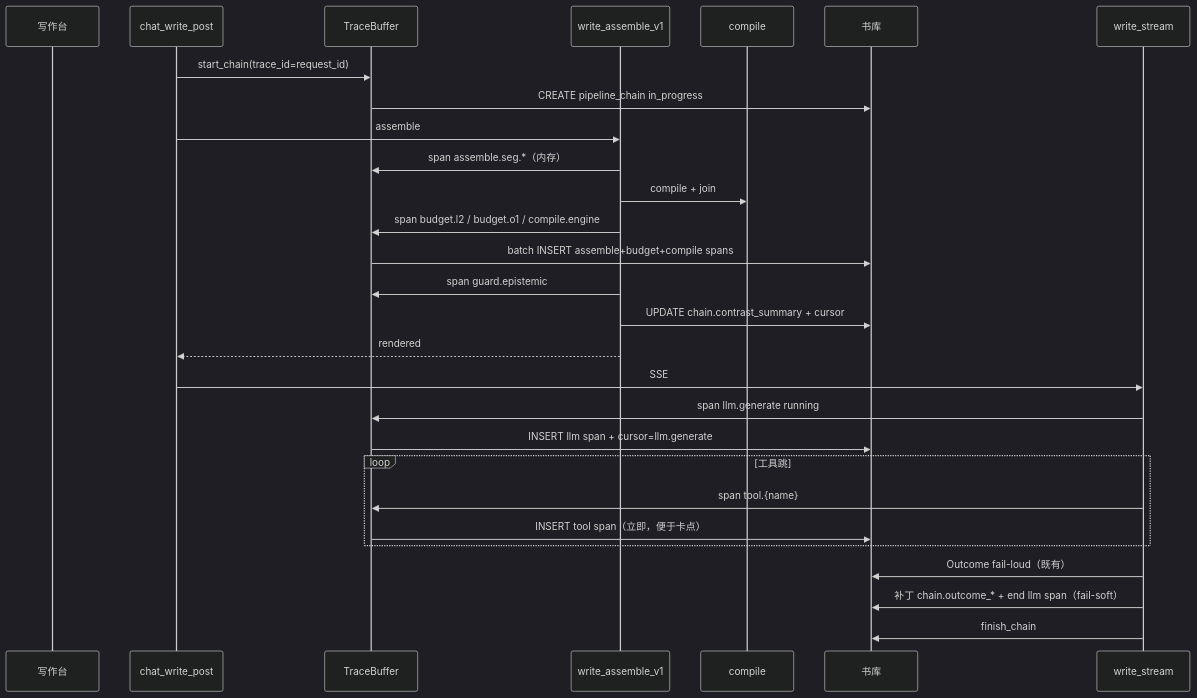
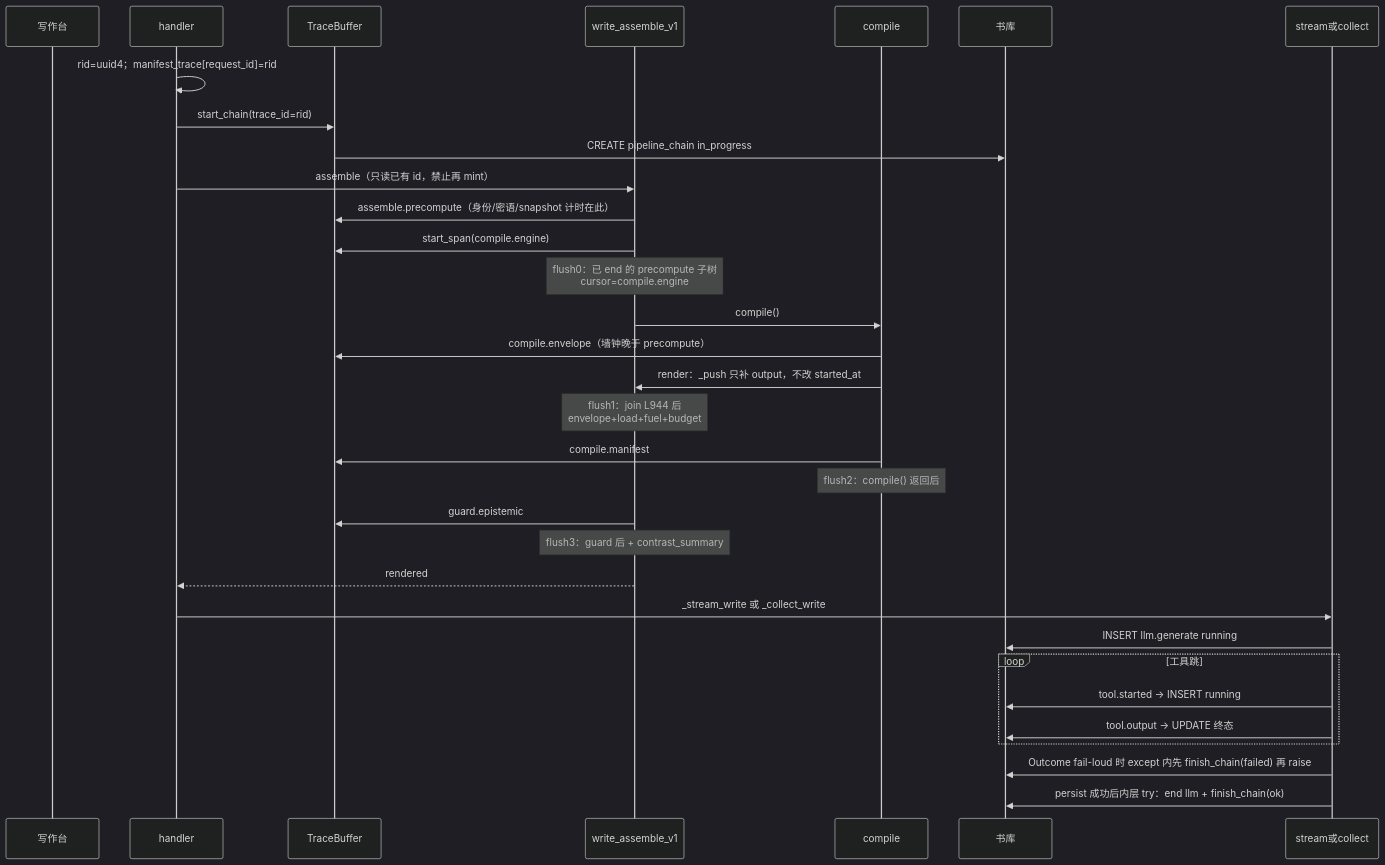
The second of 3 diagrams in docs/plans/2026-08-14-pipeline-trace.md (liuwenpinghaher-commits/scribe-writing-system), drawn with Mermaid (dark theme) before and after one commit. The commit also changed other lines of this file and 2 other files, not shown here.

````diff
--- a/docs/plans/2026-08-14-pipeline-trace.md
+++ b/docs/plans/2026-08-14-pipeline-trace.md
@@ -186,31 +268,35 @@
 ```mermaid
 sequenceDiagram
   participant UI as 写作台
-  participant W as chat_write_post
+  participant W as handler
   participant Buf as TraceBuffer
   participant WA as write_assemble_v1
   participant Eng as compile
   participant Sur as 书库
-  participant LLM as write_stream
+  participant LLM as stream或collect
 
-  W->>Buf: start_chain(trace_id=request_id)
+  W->>W: rid=uuid4；manifest_trace[request_id]=rid
+  W->>Buf: start_chain(trace_id=rid)
   Buf->>Sur: CREATE pipeline_chain in_progress
-  W->>WA: assemble
-  WA->>Buf: span assemble.seg.*（内存）
-  WA->>Eng: compile + join
-  WA->>Buf: span budget.l2 / budget.o1 / compile.engine
-  Buf->>Sur: batch INSERT assemble+budget+compile spans
-  WA->>Buf: span guard.epistemic
-  WA->>Sur: UPDATE chain.contrast_summary + cursor
+  W->>WA: assemble（只读已有 id，禁止再 mint）
+  WA->>Buf: assemble.precompute（身份/密语/snapshot 计时在此）
+  WA->>Buf: start_span(compile.engine)
+  Note over WA: flush0：已 end 的 precompute 子树<br/>cursor=compile.engine
+  WA->>Eng: compile()
+  Eng->>Buf: compile.envelope（墙钟晚于 precompute）
+  Eng->>WA: render：_push 只补 output，不改 started_at
+  Note over WA: flush1：join L944 后<br/>envelope+load+fuel+budget
+  Eng->>Buf: compile.manifest
+  Note over Eng: flush2：compile() 返回后
+  WA->>Buf: guard.epistemic
+  Note over WA: flush3：guard 后 + contrast_summary
   WA-->>W: rendered
-  W->>LLM: SSE
-  LLM->>Buf: span llm.generate running
-  Buf->>Sur: INSERT llm span + cursor=llm.generate
+  W->>LLM: _stream_write 或 _collect_write
+  LLM->>Sur: INSERT llm.generate running
   loop 工具跳
-    LLM->>Buf: span tool.{name}
-    Buf->>Sur: INSERT tool span（立即，便于卡点）
+    LLM->>Sur: tool.started → INSERT running
+    LLM->>Sur: tool.output → UPDATE 终态
   end
-  LLM->>Sur: Outcome fail-loud（既有）
-  LLM->>Sur: 补丁 chain.outcome_* + end llm span（fail-soft）
-  LLM->>Sur: finish_chain
+  LLM->>Sur: Outcome fail-loud 时 except 内先 finish_chain(failed) 再 raise
+  LLM->>Sur: persist 成功后内层 try：end llm + finish_chain(ok)
 ```
````
